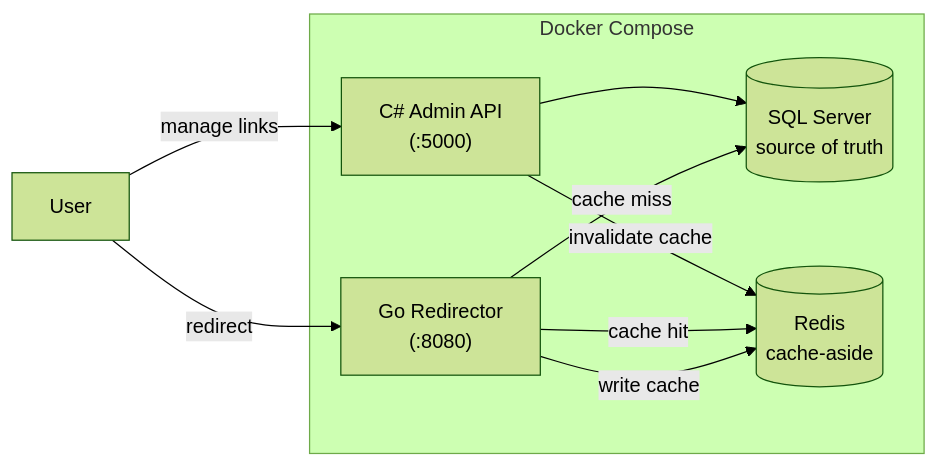
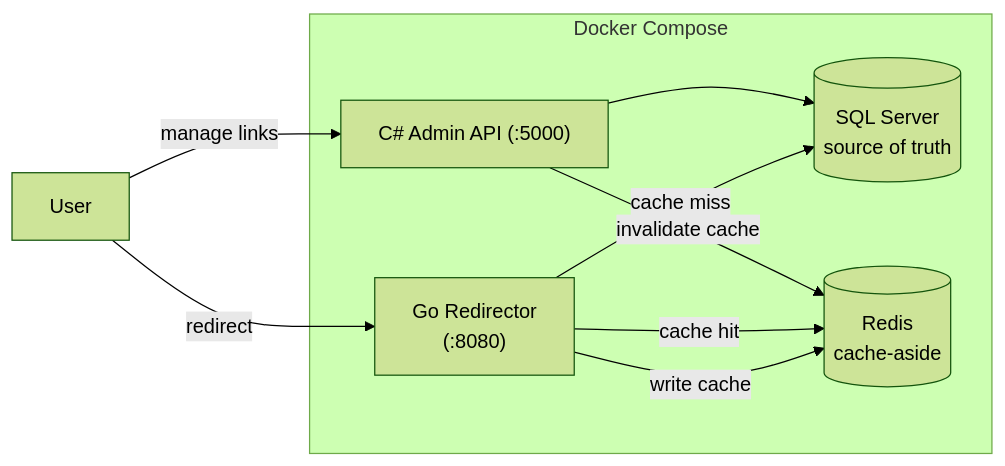
The first of 3 diagrams in README.md (mohamedmahmoud345/ShortLink), drawn with Mermaid (forest theme) before and after one commit.

Commit message:
docs: fix formatting in Mermaid diagram for C# Admin API

````diff
--- a/README.md
+++ b/README.md
@@ -9,13 +9,13 @@
 ```mermaid
 graph LR
-    U["User"] -->|"manage links"| C["C# Admin API<br/>(:5000)"]
+    U["User"] -->|"manage links"| C["C# Admin API (:5000)"]
     U -->|"redirect"| G["Go Redirector<br/>(:8080)"]
 
     subgraph Docker Compose
         C --> S[("SQL Server<br/>source of truth")]
         C -->|"invalidate cache"| R[("Redis<br/>cache-aside")]
         G -->|"cache hit"| R
         G -->|"cache miss"| S
         G -->|"write cache"| R
     end
 ```
````
